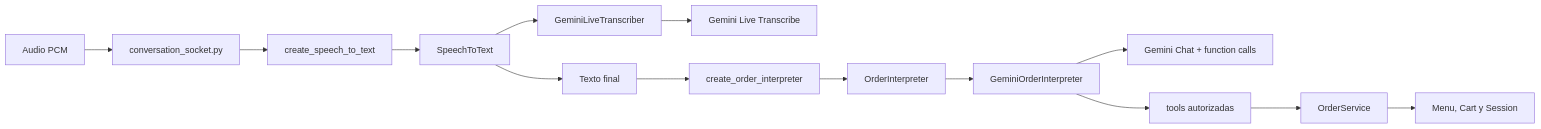
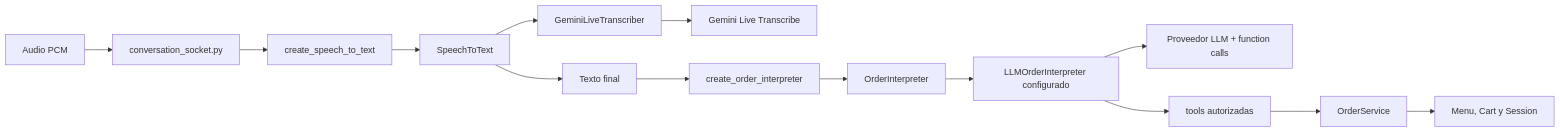
Before and after one commit to gsierra1/self_order: the third of 3 diagrams in docs/arquitectura.md, drawn with Mermaid. The commit also changed other lines of this file and 5 other files, not shown here.

````diff
--- a/docs/arquitectura.md
+++ b/docs/arquitectura.md
@@ -341,16 +345,16 @@
 ```mermaid
 flowchart LR
     A[Audio PCM] --> CS[conversation_socket.py]
     CS --> F1[create_speech_to_text]
     F1 --> C1[SpeechToText]
     C1 --> G1[GeminiLiveTranscriber]
     G1 --> GT[Gemini Live Transcribe]
     C1 --> T[Texto final]
     T --> F2[create_order_interpreter]
     F2 --> C2[OrderInterpreter]
-    C2 --> G2[GeminiOrderInterpreter]
-    G2 --> GC[Gemini Chat + function calls]
+    C2 --> G2[LLMOrderInterpreter configurado]
+    G2 --> GC[Proveedor LLM + function calls]
     G2 --> TO[tools autorizadas]
     TO --> OS[OrderService]
     OS --> CA[Menu, Cart y Session]
 ```
````
